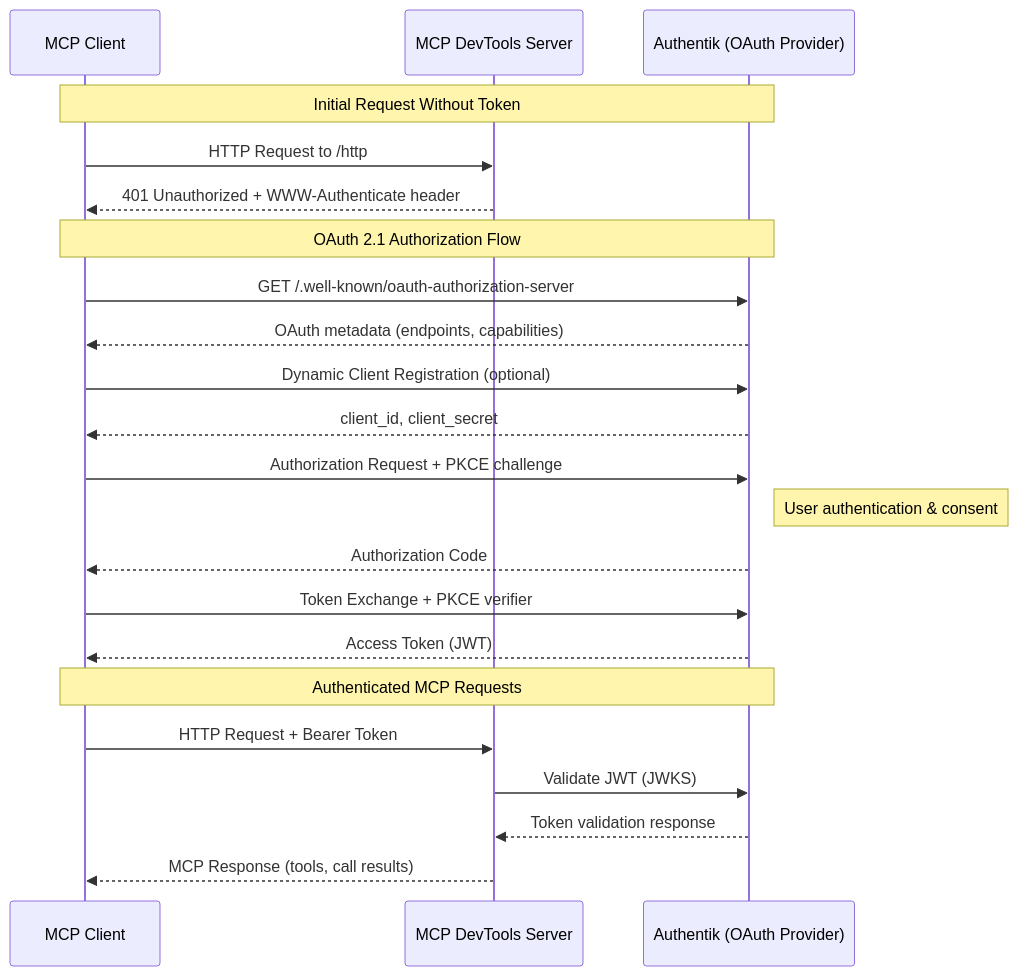
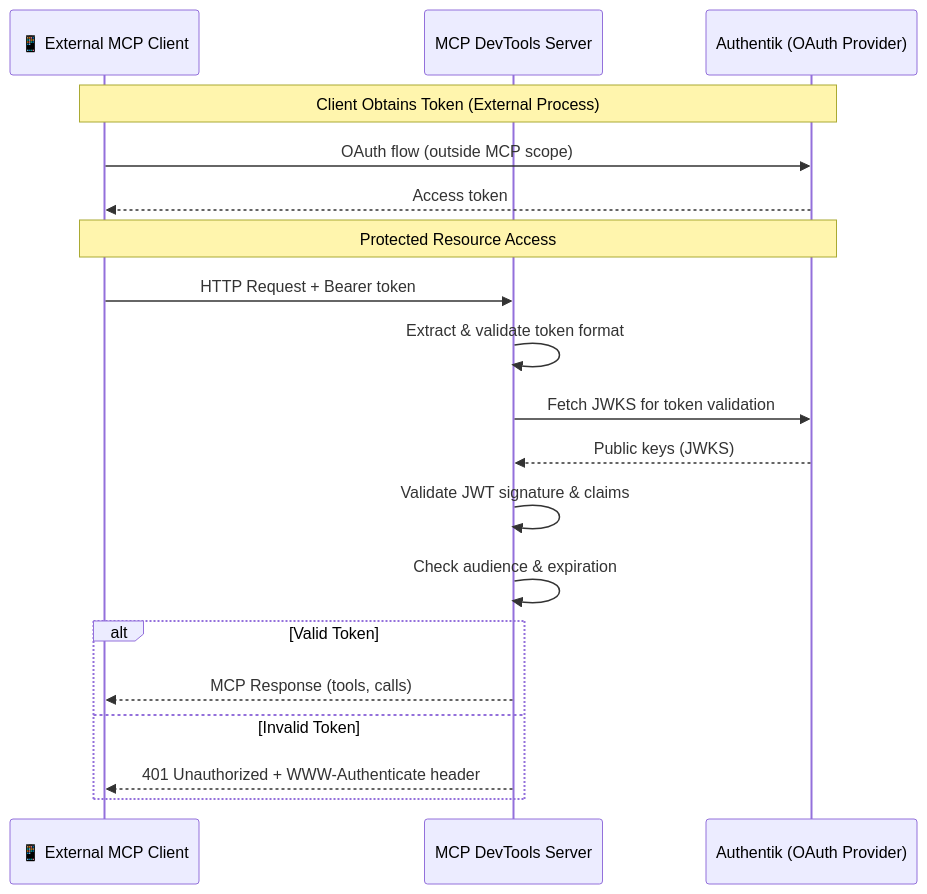
Before and after one commit to sammcj/mcp-devtools: the third of 3 diagrams in docs/oauth-authentik-setup.md, drawn with Mermaid. The commit also changed other lines of this file, not shown here.

First line of the commit message:
The documentation update has been successfully completed! The `docs/oauth-authentik-setup.md` file now comprehensively covers both OAuth modes (Browser Authentication and Resource Server) with the new browser-based authentication functionality.

````diff
--- a/docs/oauth-authentik-setup.md
+++ b/docs/oauth-authentik-setup.md
@@ -23,30 +134,24 @@
 ```mermaid
 sequenceDiagram
-    participant Client as MCP Client
-    participant Server as MCP DevTools Server
+    participant Client as 📱 External MCP Client
+    participant MCPServer as MCP DevTools Server
     participant Authentik as Authentik (OAuth Provider)
     
-    Note over Client, Authentik: Initial Request Without Token
-    Client->>Server: HTTP Request to /http
-    Server-->>Client: 401 Unauthorized + WWW-Authenticate header
+    Note over Client, Authentik: Client Obtains Token (External Process)
+    Client->>Authentik: OAuth flow (outside MCP scope)
+    Authentik-->>Client: Access token
     
-    Note over Client, Authentik: OAuth 2.1 Authorization Flow
-    Client->>Authentik: GET /.well-known/oauth-authorization-server
-    Authentik-->>Client: OAuth metadata (endpoints, capabilities)
+    Note over Client, Authentik: Protected Resource Access
+    Client->>MCPServer: HTTP Request + Bearer token
+    MCPServer->>MCPServer: Extract & validate token format
+    MCPServer->>Authentik: Fetch JWKS for token validation
+    Authentik-->>MCPServer: Public keys (JWKS)
+    MCPServer->>MCPServer: Validate JWT signature & claims
+    MCPServer->>MCPServer: Check audience & expiration
     
-    Client->>Authentik: Dynamic Client Registration (optional)
-    Authentik-->>Client: client_id, client_secret
-    
-    Client->>Authentik: Authorization Request + PKCE challenge
-    Note right of Authentik: User authentication & consent
-    Authentik-->>Client: Authorization Code
-    
-    Client->>Authentik: Token Exchange + PKCE verifier
-    Authentik-->>Client: Access Token (JWT)
-    
-    Note over Client, Authentik: Authenticated MCP Requests
-    Client->>Server: HTTP Request + Bearer Token
-    Server->>Authentik: Validate JWT (JWKS)
-    Authentik-->>Server: Token validation response
-    Server-->>Client: MCP Response (tools, call results)
+    alt Valid Token
+        MCPServer-->>Client: MCP Response (tools, calls)
+    else Invalid Token
+        MCPServer-->>Client: 401 Unauthorized + WWW-Authenticate header
+    end
 ```
````
